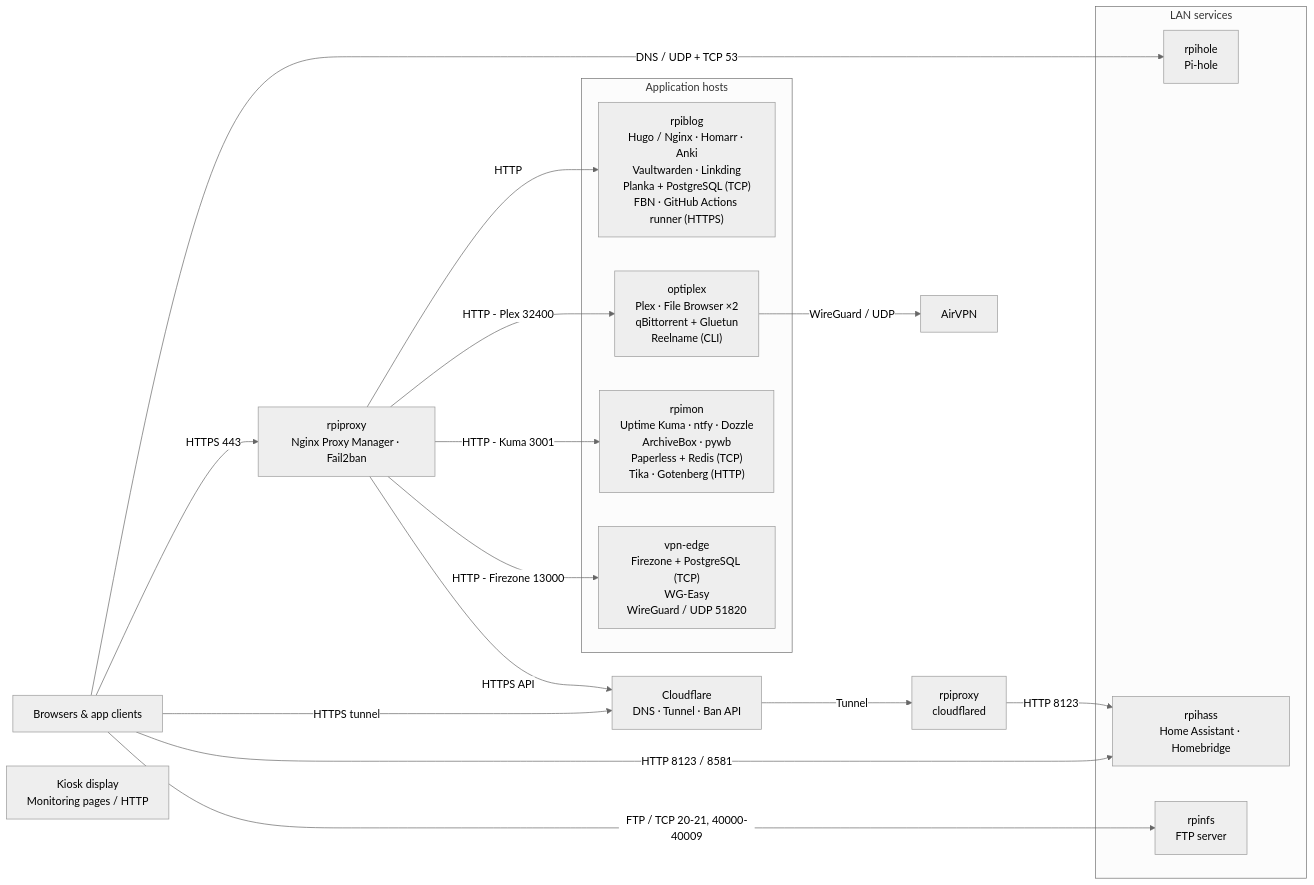
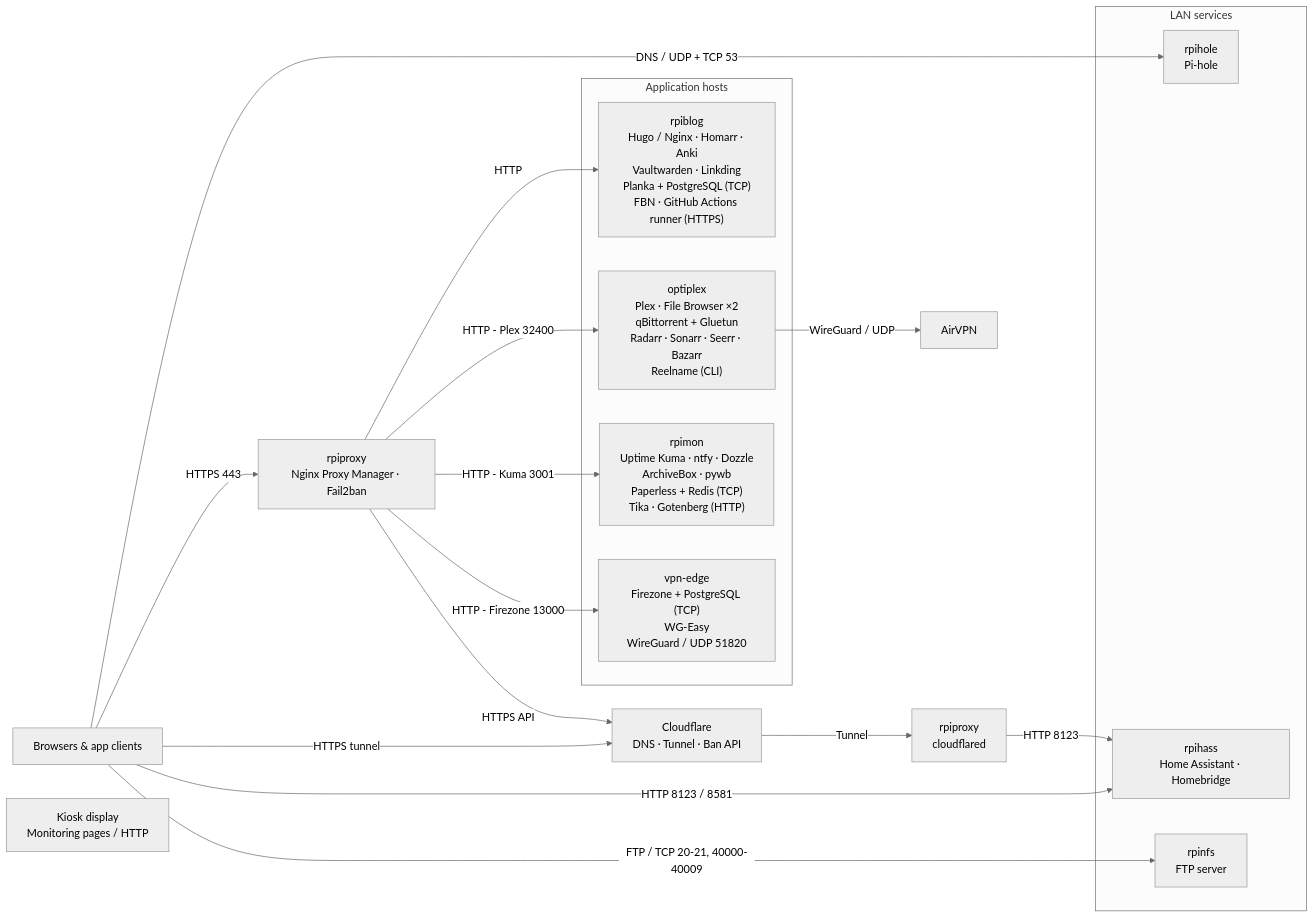
Before and after one commit to viseshrp/homelab: the diagram in README.md, drawn with Mermaid (neutral theme). The commit also changed other lines of this file and 12 other files, not shown here.

````diff
--- a/README.md
+++ b/README.md
@@ -9,37 +9,37 @@
 ```mermaid
 flowchart LR
     clients["Browsers & app clients"]
     proxy["rpiproxy<br/>Nginx Proxy Manager · Fail2ban"]
 
     subgraph hosts["Application hosts"]
         web["rpiblog<br/>Hugo / Nginx · Homarr · Anki<br/>Vaultwarden · Linkding<br/>Planka + PostgreSQL (TCP)<br/>FBN · GitHub Actions runner (HTTPS)"]
-        media["optiplex<br/>Plex · File Browser ×2<br/>qBittorrent + Gluetun<br/>Reelname (CLI)"]
+        media["optiplex<br/>Plex · File Browser ×2<br/>qBittorrent + Gluetun<br/>Radarr · Sonarr · Seerr · Bazarr<br/>Reelname (CLI)"]
         monitor["rpimon<br/>Uptime Kuma · ntfy · Dozzle<br/>ArchiveBox · pywb<br/>Paperless + Redis (TCP)<br/>Tika · Gotenberg (HTTP)"]
         vpn["vpn-edge<br/>Firezone + PostgreSQL (TCP)<br/>WG-Easy<br/>WireGuard / UDP 51820"]
     end
 
     subgraph lan["LAN services"]
         dns["rpihole<br/>Pi-hole"]
         home["rpihass<br/>Home Assistant · Homebridge"]
         ftp["rpinfs<br/>FTP server"]
     end
 
     cloudflare["Cloudflare<br/>DNS · Tunnel · Ban API"]
     tunnel["rpiproxy<br/>cloudflared"]
     airvpn["AirVPN"]
     tools["Kiosk display<br/>Monitoring pages / HTTP"]
 
     clients -->|"HTTPS 443"| proxy
     proxy -->|"HTTP"| web
     proxy -->|"HTTP - Plex 32400"| media
     proxy -->|"HTTP - Kuma 3001"| monitor
     proxy -->|"HTTP - Firezone 13000"| vpn
     proxy -->|"HTTPS API"| cloudflare
     clients -->|"HTTPS tunnel"| cloudflare
     cloudflare -->|"Tunnel"| tunnel
     tunnel -->|"HTTP 8123"| home
     media -->|"WireGuard / UDP"| airvpn
     clients -->|"DNS / UDP + TCP 53"| dns
     clients -->|"HTTP 8123 / 8581"| home
     clients -->|"FTP / TCP 20-21, 40000-40009"| ftp
 ```
````
